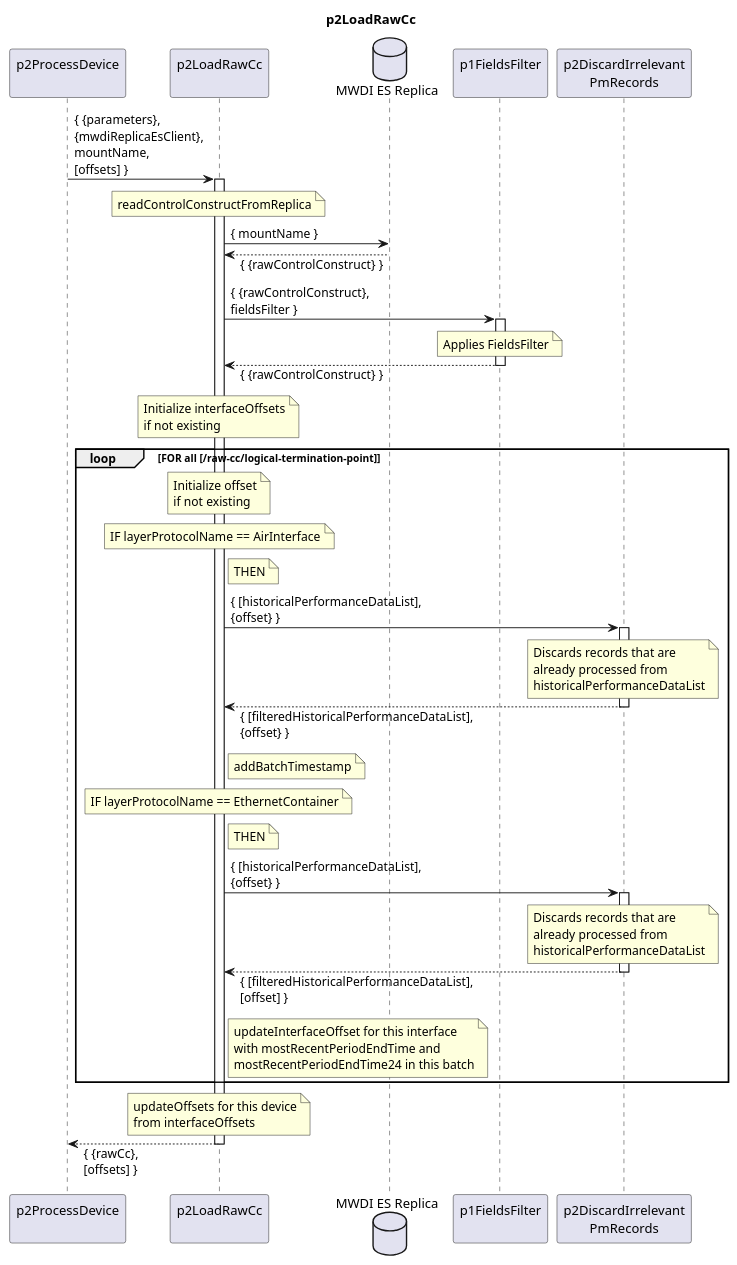
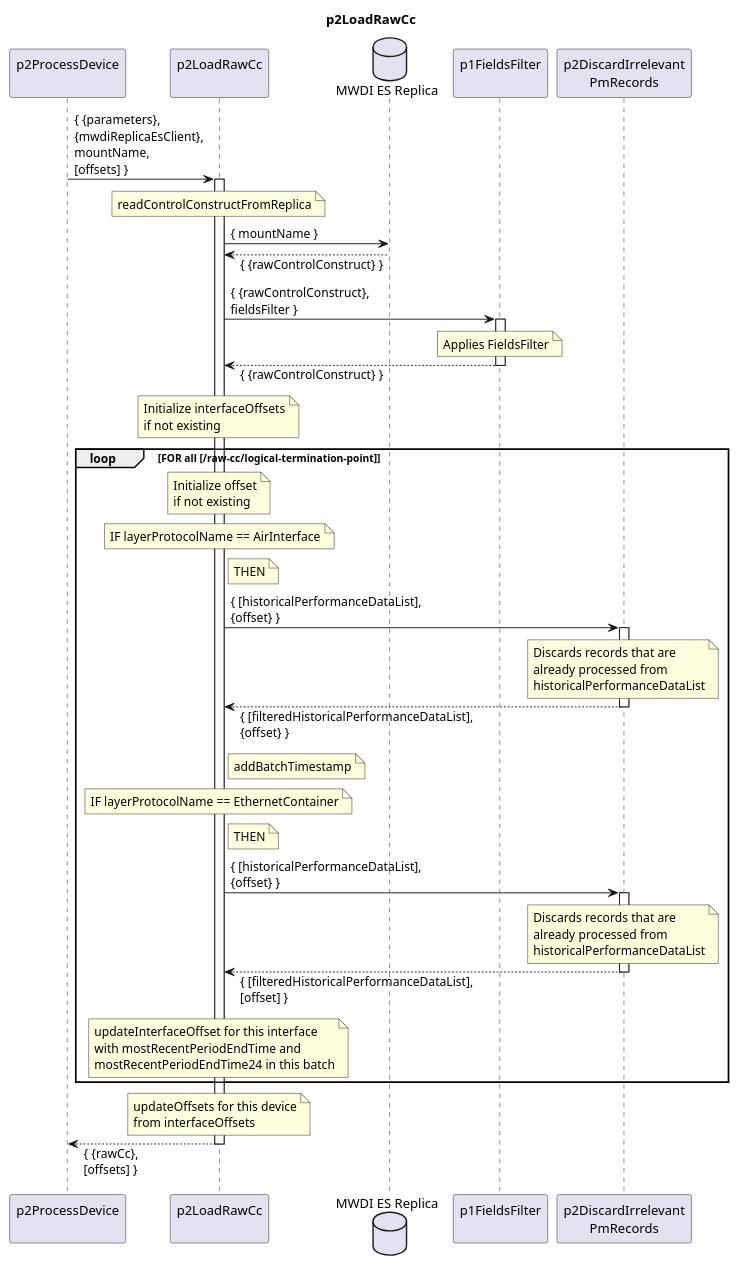
Before and after one commit to openBackhaul/DevicePerformanceManagementDataProcessor: the diagram in spec/Functions/p1StreamPmData/p2ProcessDevice/p2LoadRawCc/1.0.0/p2LoadRawCc.plantuml, drawn with PlantUML. The commit also changed 14 other files, not shown here.

```diff
--- a/spec/Functions/p1StreamPmData/p2ProcessDevice/p2LoadRawCc/1.0.0/p2LoadRawCc.plantuml
+++ b/spec/Functions/p1StreamPmData/p2ProcessDevice/p2LoadRawCc/1.0.0/p2LoadRawCc.plantuml
@@ -1,99 +1,99 @@
 @startuml p2LoadRawCc
 skinparam responseMessageBelowArrow true
 
 title
   p2LoadRawCc
 end title
 
 participant "p2ProcessDevice\n" as requestor
 participant "p2LoadRawCc\n" as cur
 database "MWDI ES Replica" as MwdiEs
 participant "p1FieldsFilter\n" as fieldsFilter
 participant "p2DiscardIrrelevant\nPmRecords" as filterPm
 
 requestor -> cur: { {parameters},\n{mwdiReplicaEsClient},\nmountName,\n[offsets] }
 activate cur
 
   note over cur
     readControlConstructFromReplica
   end note
   cur -> MwdiEs: { mountName }
   cur <-- MwdiEs: { {rawControlConstruct} }
 
   cur -> fieldsFilter: { {rawControlConstruct},\nfieldsFilter }
   activate fieldsFilter
     note over fieldsFilter
       Applies FieldsFilter
     end note
   cur <-- fieldsFilter: { {rawControlConstruct} }
   deactivate fieldsFilter
 
   note over cur
     Initialize interfaceOffsets
     if not existing
   end note
 
   loop FOR all [/raw-cc/logical-termination-point]
 
     note over cur
       Initialize offset
       if not existing
     end note
 
     note over cur
       IF layerProtocolName == AirInterface
     end note
 
     note right cur
       THEN
     end note
 
     cur -> filterPm: { [historicalPerformanceDataList],\n{offset} }
     activate filterPm
     note over filterPm
       Discards records that are
       already processed from
       historicalPerformanceDataList
     end note
     cur <-- filterPm: { [filteredHistoricalPerformanceDataList],\n{offset} }
     deactivate filterPm
 
     note right cur
       addBatchTimestamp
     end note
 
     note over cur
       IF layerProtocolName == EthernetContainer
     end note
 
     note right cur
       THEN
     end note
 
     cur -> filterPm: { [historicalPerformanceDataList],\n{offset} }
     activate filterPm
     note over filterPm
       Discards records that are
       already processed from
       historicalPerformanceDataList
     end note
     cur <-- filterPm: { [filteredHistoricalPerformanceDataList],\n[offset] }
     deactivate filterPm
 
-    note right cur
+    note over cur
       updateInterfaceOffset for this interface
       with mostRecentPeriodEndTime and
       mostRecentPeriodEndTime24 in this batch
     end note
 
   end loop
 
   note over cur
     updateOffsets for this device
     from interfaceOffsets
   end note
 
 requestor <-- cur: { {rawCc},\n[offsets] }
 deactivate cur
 
 @enduml
```
